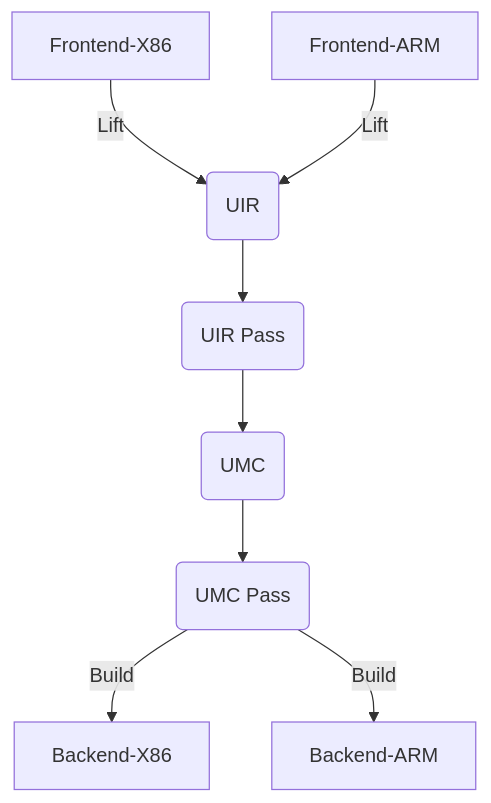
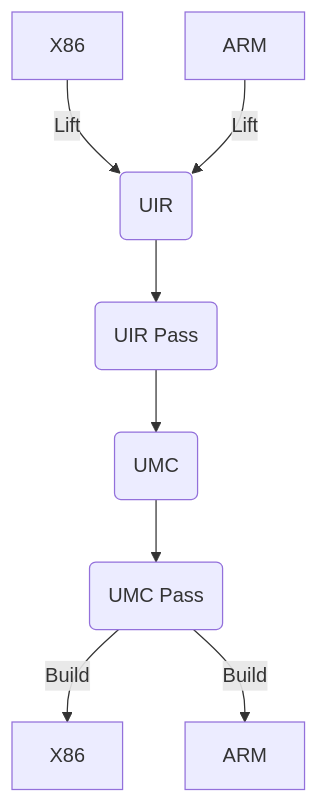
Before and after one commit to NewWorldComingSoon/UnknownRebuilder: the diagram in README.md, drawn with Mermaid.

````diff
--- a/README.md
+++ b/README.md
@@ -8,14 +8,14 @@
 ```mermaid
 graph TD
 
-A1[Frontend-X86] -->|Lift| B(UIR)
-A2[Frontend-ARM] -->|Lift| B(UIR)
+A1[X86] -->|Lift| B(UIR)
+A2[ARM] -->|Lift| B(UIR)
 
 B -->C(UIR Pass)
 C -->D(UMC)
 D -->E(UMC Pass)
 
-E -->|Build| F1[Backend-X86]
-E -->|Build| F2[Backend-ARM]
+E -->|Build| F1[X86]
+E -->|Build| F2[ARM]
 
 ```
````
